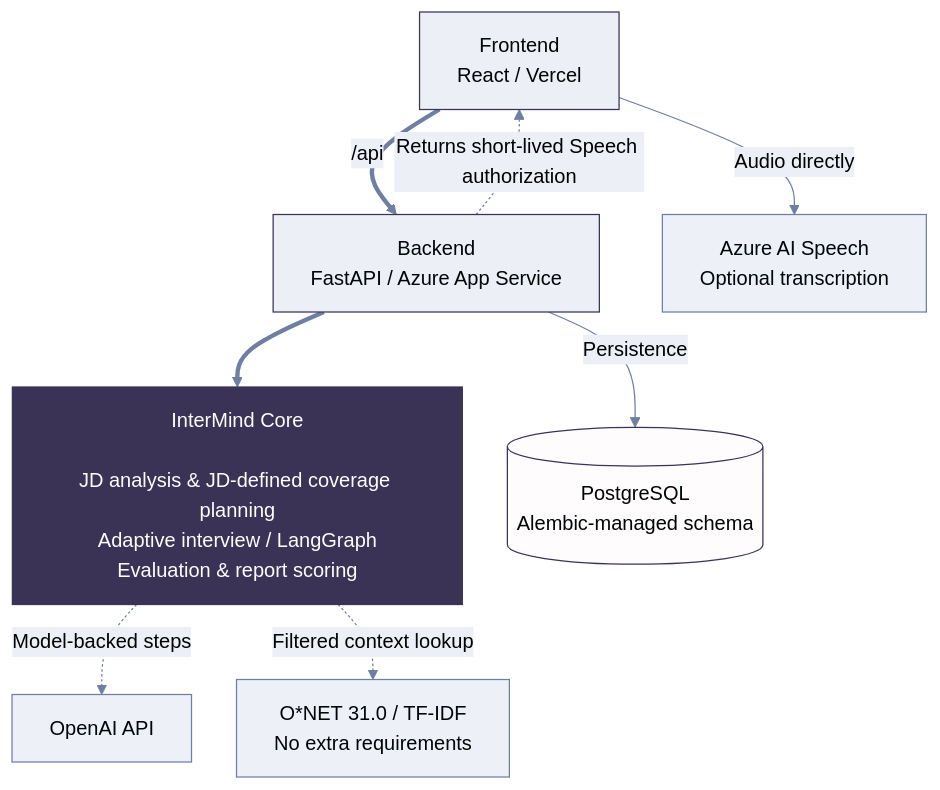
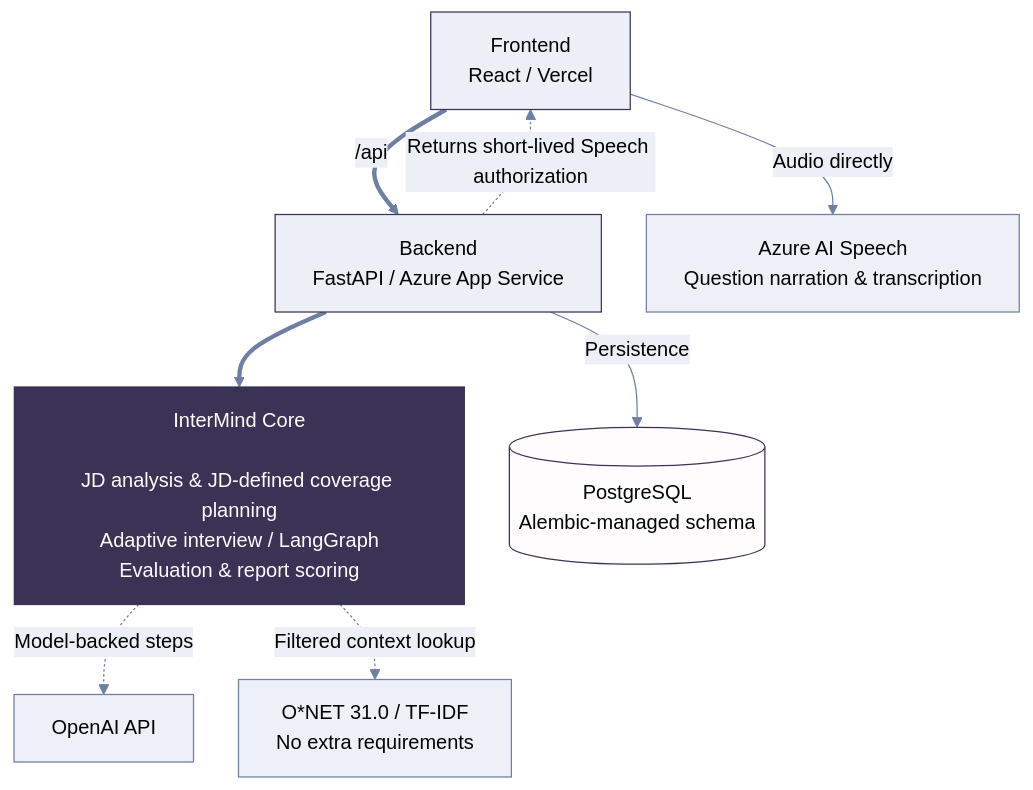
The second of 2 diagrams in README.md (AliyahAlabdali/InterMind), drawn with Mermaid before and after one commit. The commit also changed other lines of this file and 15 other files, not shown here.

Commit message:
Narrate questions with Azure Speech and clean data docs

````diff
--- a/README.md
+++ b/README.md
@@ -128,21 +129,21 @@
 ```mermaid
 %%{init: {"theme":"base","flowchart":{"rankSpacing":36,"nodeSpacing":36,"wrappingWidth":300},"themeVariables":{"primaryColor":"#ECEFF6","primaryTextColor":"#000505","primaryBorderColor":"#3B3355","lineColor":"#6F7FA3","edgeLabelBackground":"#ECEFF6","tertiaryTextColor":"#000505","tertiaryColor":"#F6F8FB"}}}%%
 flowchart TD
     WEB["Frontend<br/>React / Vercel"] ==>|"/api"| API["Backend<br/>FastAPI / Azure App Service"]
     API ==> CORE["InterMind Core<br/><br/>JD analysis & JD-defined coverage planning<br/>Adaptive interview / LangGraph<br/>Evaluation & report scoring"]
     API -->|"Persistence"| DB[("PostgreSQL<br/>Alembic-managed schema")]
     CORE -.->|"Model-backed steps"| OAI["OpenAI API"]
     CORE -.->|"Filtered context lookup"| KB["O#42;NET 31.0 / TF-IDF<br/>No extra requirements"]
     API -.->|"Returns short-lived Speech authorization"| WEB
-    WEB -->|"Audio directly"| AZ["Azure AI Speech<br/>Optional transcription"]
+    WEB -->|"Audio directly"| AZ["Azure AI Speech<br/>Question narration & transcription"]
 
     linkStyle default stroke:#6F7FA3,color:black;
     classDef accent fill:#3B3355,stroke:#3B3355,stroke-width:1px,color:#FEFCFD;
     classDef step fill:#ECEFF6,stroke:#3B3355,stroke-width:1px,color:#000505;
     classDef store fill:#FEFCFD,stroke:#3B3355,stroke-width:1px,color:#000505;
     classDef ext fill:#EDF1F7,stroke:#6F7FA3,stroke-width:1px,color:#000505;
     class CORE accent;
     class WEB,API step;
     class DB store;
     class KB,OAI,AZ ext;
 ```
````
